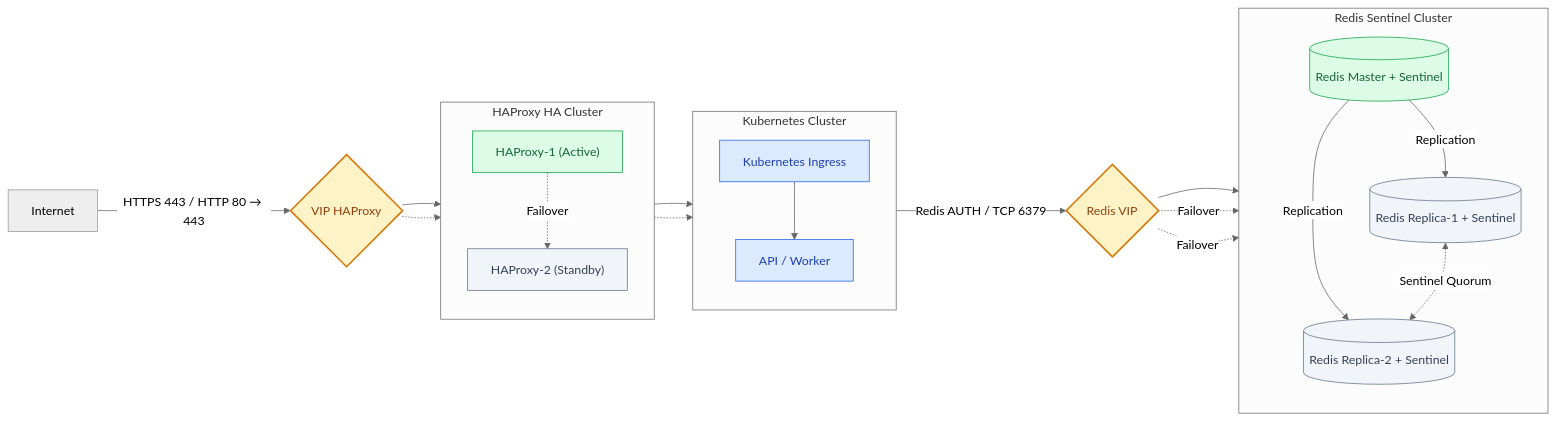
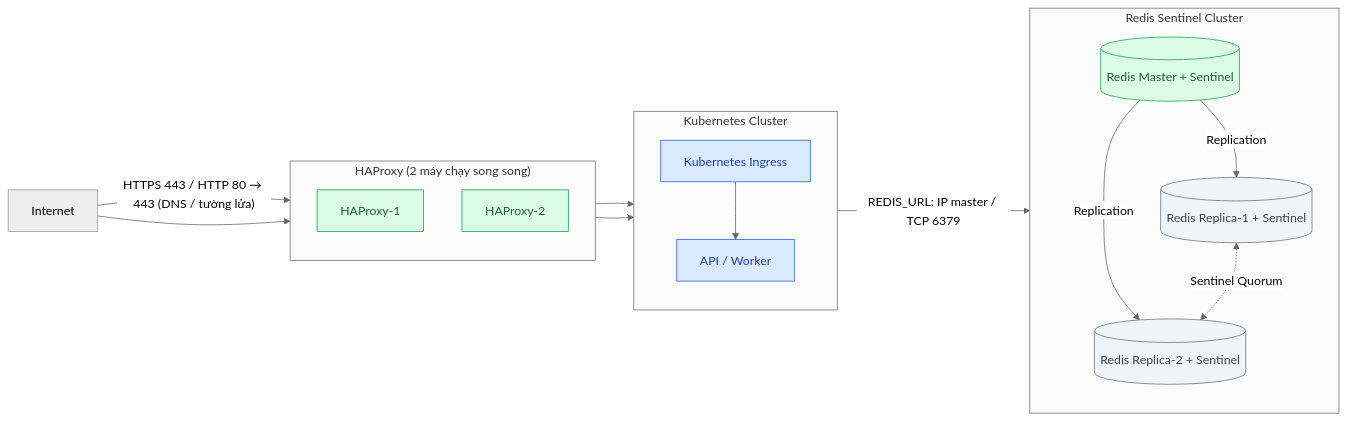
The diagram in README.md (baodt278/ansible-template), drawn with Mermaid (neutral theme) before and after one commit. The commit also changed other lines of this file and 30 other files, not shown here.

First line of the commit message:
Bỏ VIP/keepalived khỏi Redis và HAProxy

````diff
--- a/README.md
+++ b/README.md
@@ -21,52 +21,43 @@
 ```mermaid
 
 flowchart LR
-   U["Internet"] -->|"HTTPS 443 / HTTP 80 → 443"| HV{"VIP HAProxy"}
+   U["Internet"] -->|"HTTPS 443 / HTTP 80 → 443 (DNS / tường lửa)"| H1
+   U --> H2
 
-   subgraph HA["HAProxy HA Cluster"]
+   subgraph HA["HAProxy (2 máy chạy song song)"]
       direction TB
-      H1["HAProxy-1 (Active)"]
-      H2["HAProxy-2 (Standby)"]
-      H1 -.->|"Failover"| H2
+      H1["HAProxy-1"]
+      H2["HAProxy-2"]
    end
 
-   HV --> H1
-   HV -.-> H2
-
    H1 --> I["Kubernetes Ingress"]
-   H2 -.-> I
+   H2 --> I
 
    subgraph K8S["Kubernetes Cluster"]
       direction TB
       I --> APP["API / Worker"]
    end
 
-   APP -->|"Redis AUTH / TCP 6379"| RV{"Redis VIP"}
+   APP -->|"REDIS_URL: IP master / TCP 6379"| R1
 
    subgraph REDIS["Redis Sentinel Cluster"]
       direction TB
       R1[("Redis Master + Sentinel")]
       R2[("Redis Replica-1 + Sentinel")]
       R3[("Redis Replica-2 + Sentinel")]
 
       R1 -->|"Replication"| R2
       R1 -->|"Replication"| R3
       R2 <-.->|"Sentinel Quorum"| R3
    end
 
-   RV --> R1
-   RV -.->|"Failover"| R2
-   RV -.->|"Failover"| R3
-
-   classDef vip fill:#fef3c7,stroke:#d97706,color:#92400e,stroke-width:2px
    classDef active fill:#dcfce7,stroke:#16a34a,color:#166534
    classDef standby fill:#f1f5f9,stroke:#64748b,color:#334155
    classDef k8s fill:#dbeafe,stroke:#2563eb,color:#1e40af
    classDef redis fill:#fee2e2,stroke:#dc2626,color:#991b1b
 
-   class HV,RV vip
-   class H1,R1 active
-   class H2,R2,R3 standby
+   class H1,H2,R1 active
+   class R2,R3 standby
    class I,APP k8s
 
 ```
````
